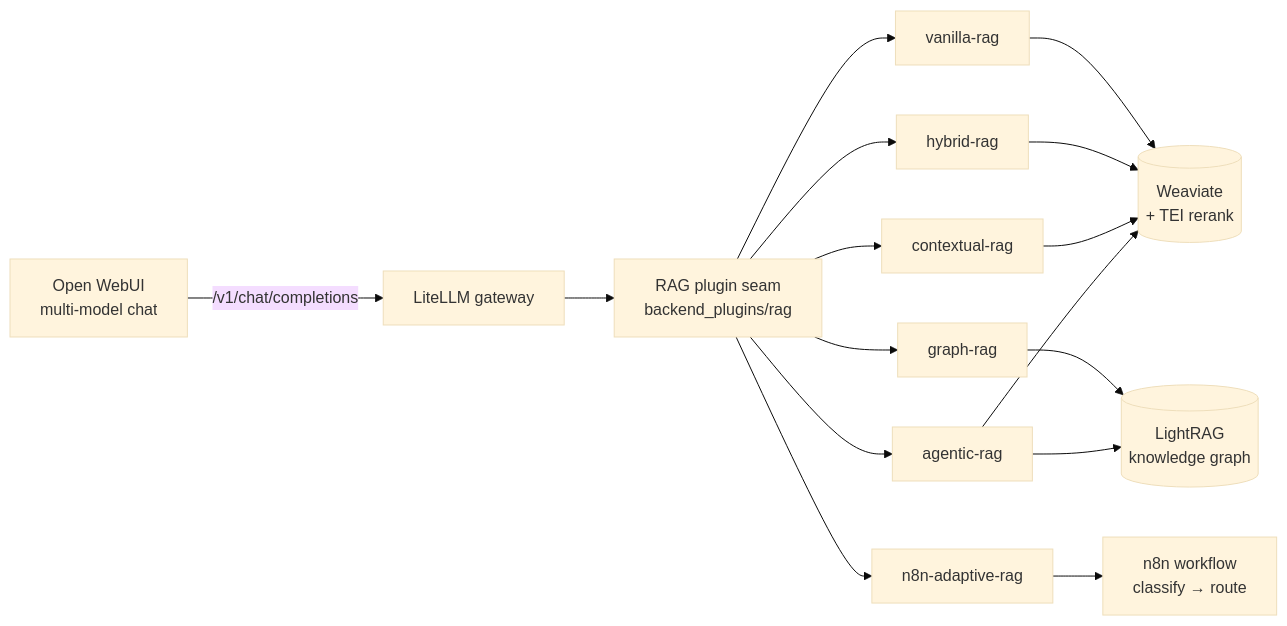
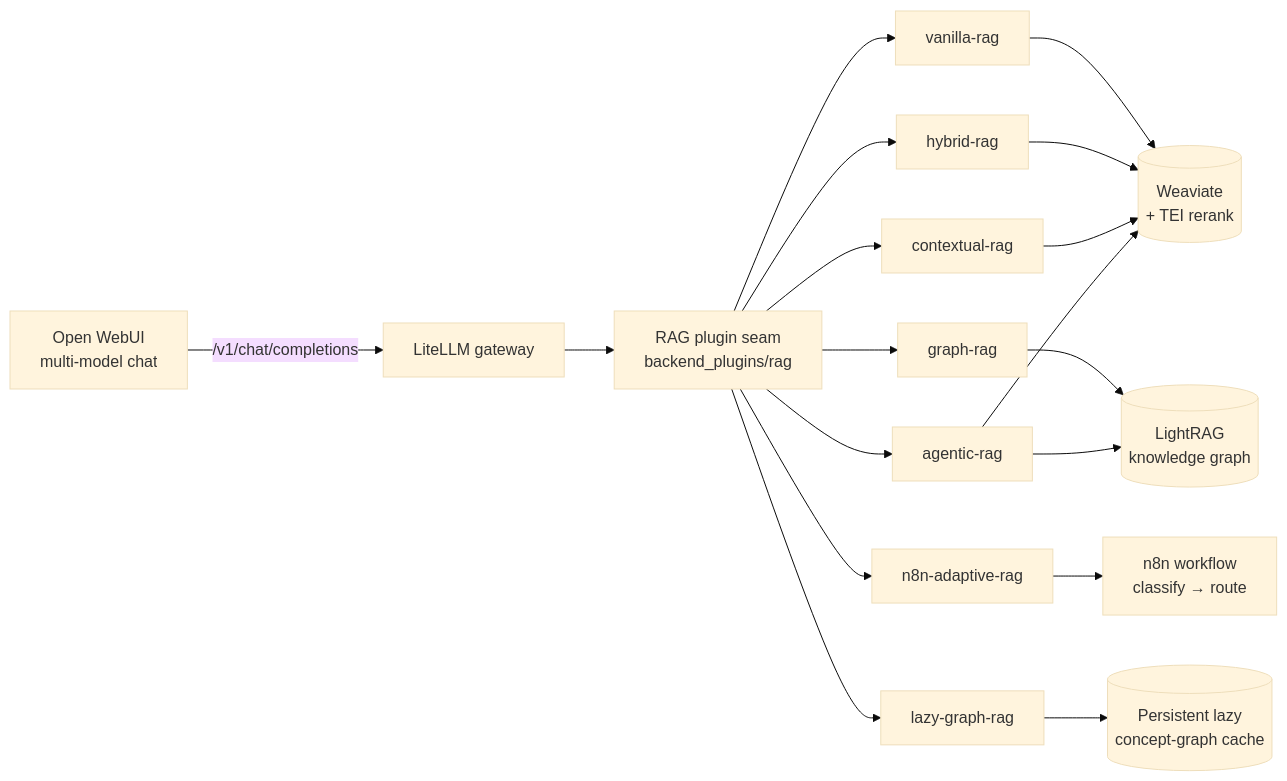
Before and after one commit to thekaveh/rag-showcase: the diagram in docs/guide/overview.md, drawn with Mermaid (base theme). The commit also changed other lines of this file and 60 other files, not shown here.

````diff
--- a/docs/guide/overview.md
+++ b/docs/guide/overview.md
@@ -20,14 +20,16 @@
 ```mermaid
 flowchart LR
     U[Open WebUI<br/>multi-model chat] -->|/v1/chat/completions| L[LiteLLM gateway]
     L --> R[RAG plugin seam<br/>backend_plugins/rag]
     R --> V[vanilla-rag]
     R --> H[hybrid-rag]
     R --> C[contextual-rag]
     R --> G[graph-rag]
     R --> A[agentic-rag]
     R --> N[n8n-adaptive-rag]
+    R --> LG[lazy-graph-rag]
     V & H & C & A --> W[(Weaviate<br/>+ TEI rerank)]
     G & A --> LR[(LightRAG<br/>knowledge graph)]
+    LG --> LC[(Persistent lazy<br/>concept-graph cache)]
     N --> WF[n8n workflow<br/>classify → route]
 ```
````
